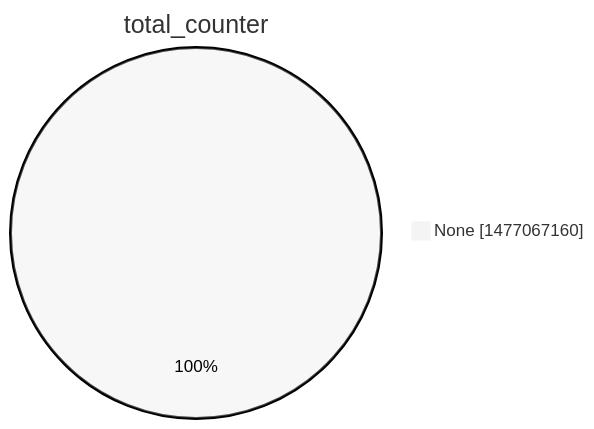
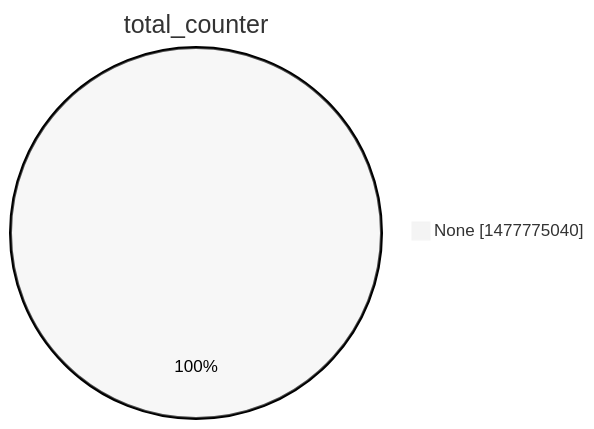
One commit to christiankrug/ctmonitor_visualization changed the second of 15 diagrams in argon2022/README.md. Above: the diagram before and after it, drawn with Mermaid (neutral theme). The commit also changed other lines of this file, not shown here.

````diff
--- a/argon2022/README.md
+++ b/argon2022/README.md
@@ -9,5 +9,5 @@
 ```mermaid
 pie showData
 title total_counter
-"None" :1477067160
+"None" :1477775040
 ```
````
